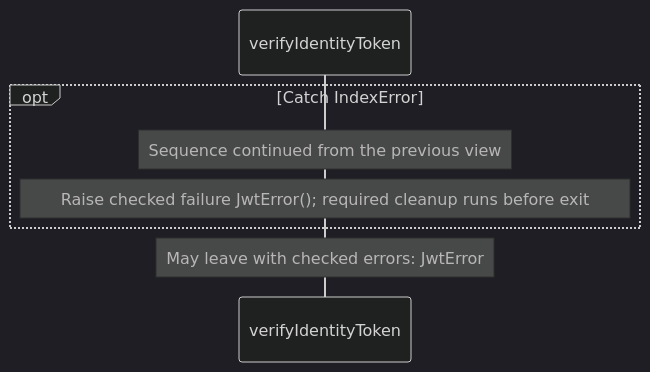
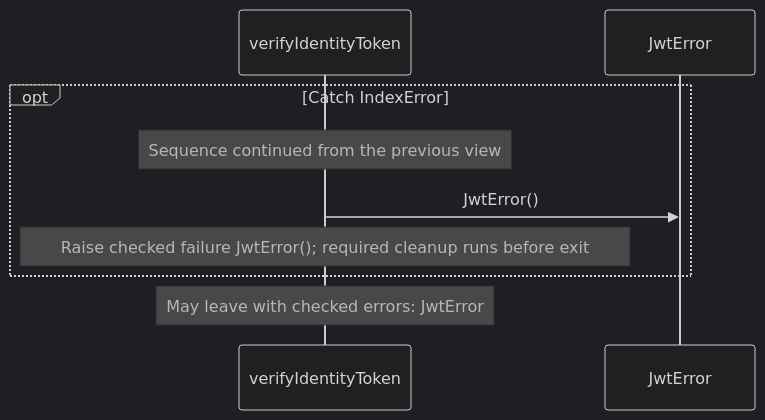
Before and after one commit to GreenPandaStudios/augscript: diagram 16 of 19 in src/stdlib/crypto/jose.aug.diagrams.md, drawn with Mermaid (dark theme). The commit also changed other lines of this file and 289 other files, not shown here.

Commit message:
Correct diagram control flow and complete generated wiki navigation

````diff
--- a/src/stdlib/crypto/jose.aug.diagrams.md
+++ b/src/stdlib/crypto/jose.aug.diagrams.md
@@ -547,10 +546,11 @@
 ```mermaid
 sequenceDiagram
     participant p0 as verifyIdentityToken
-
+    participant p1 as JwtError
     opt Catch IndexError
     Note over p0: Sequence continued from the previous view
+    p0->>p1: JwtError()
     Note over p0: Raise checked failure JwtError()#59; required cleanup runs before exit
     end
     Note over p0: May leave with checked errors: JwtError
 ```
````
